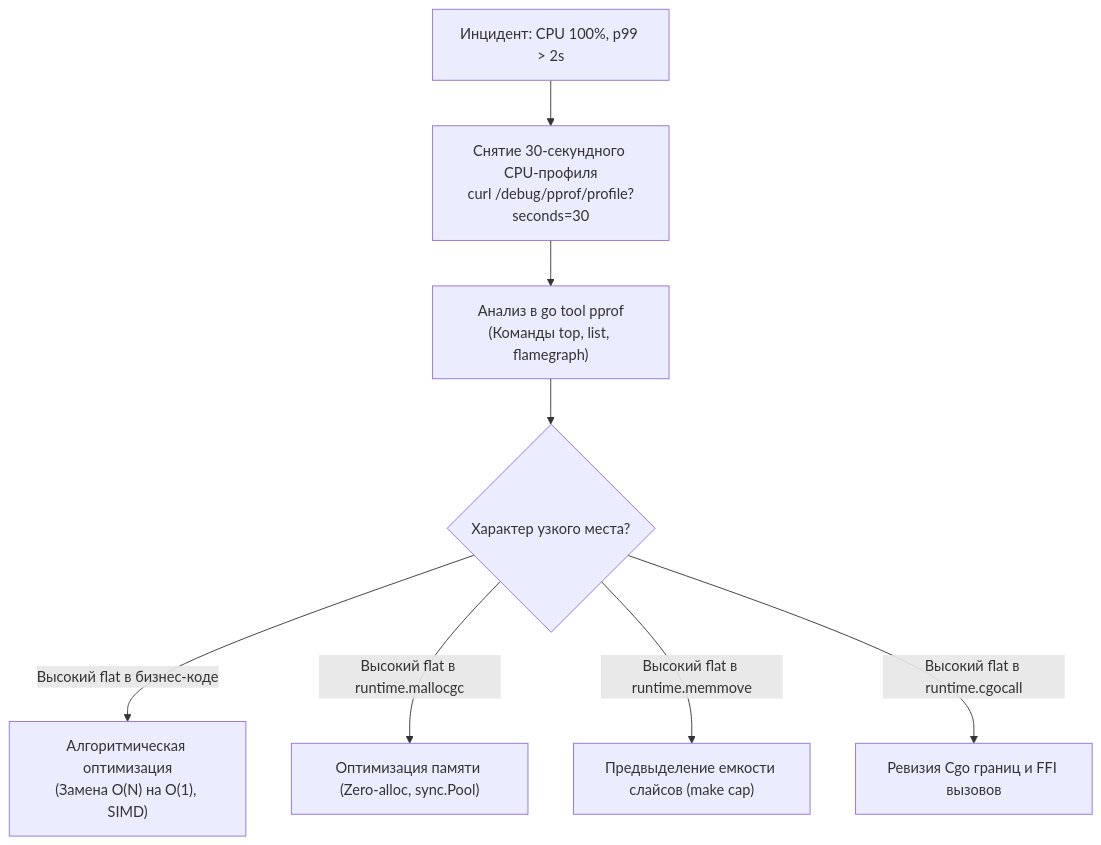
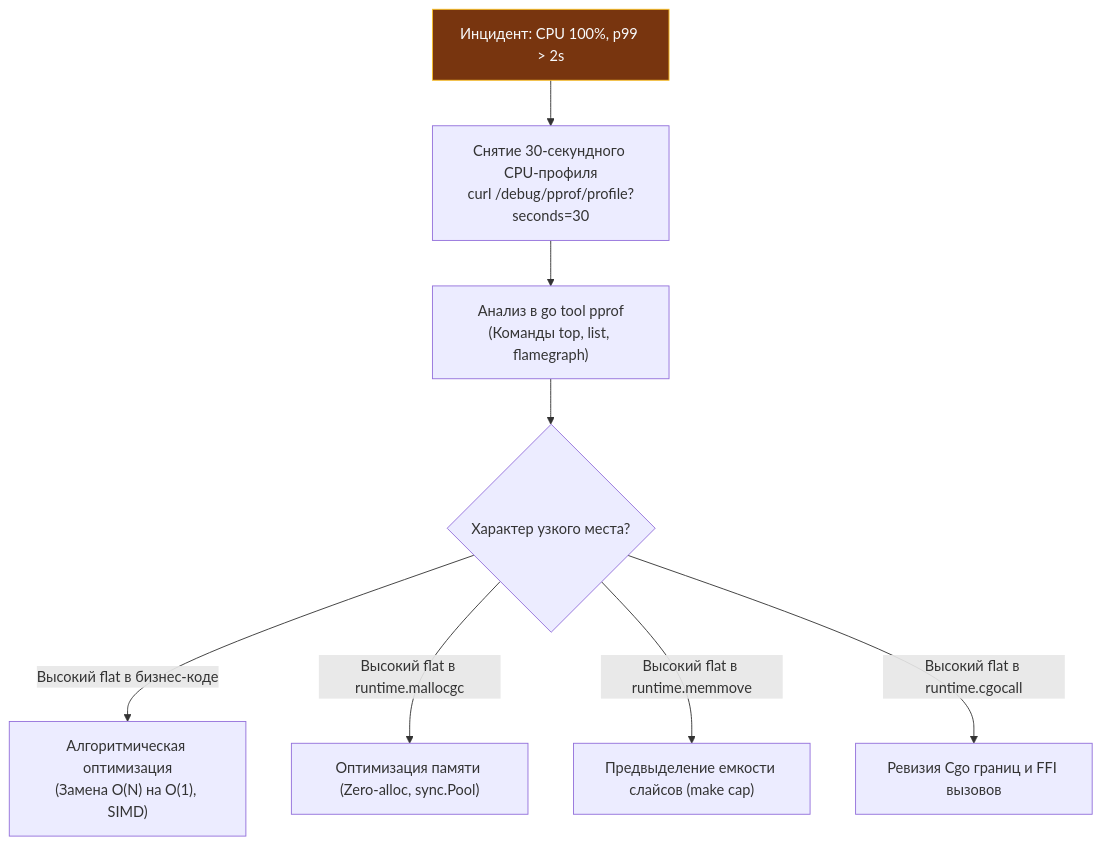
One commit to UnrealTemplier/go-textbook changed the first of 3 diagrams in sources/16. Профилирование, отладка и производительность/03. CPU profiling/2. CPU profiling в Go.md. Above: the diagram before and after it, drawn with Mermaid. The commit also changed other lines of this file and 1666 other files, not shown here.

First line of the commit message:
feat(mermaid): add semantic color classDef to 1369 colorless flowchart/graph diagrams

````diff
--- a/sources/16. Профилирование, отладка и производительность/03. CPU profiling/2. CPU profiling в Go.md
+++ b/sources/16. Профилирование, отладка и производительность/03. CPU profiling/2. CPU profiling в Go.md
@@ -27,10 +27,20 @@
 ```mermaid
 flowchart TD
-    Incident["Инцидент: CPU 100%, p99 > 2s"] --> Capture["Снятие 30-секундного CPU-профиля<br>curl /debug/pprof/profile?seconds=30"]
+    classDef process  fill:#1e293b,stroke:#38bdf8,stroke-width:1px,color:#f8fafc
+    classDef success  fill:#064e3b,stroke:#34d399,stroke-width:1px,color:#f8fafc
+    classDef error    fill:#7f1d1d,stroke:#f87171,stroke-width:1px,color:#f8fafc
+    classDef warning  fill:#78350f,stroke:#fbbf24,stroke-width:1px,color:#f8fafc
+    classDef entry    fill:#1e3a5f,stroke:#38bdf8,stroke-width:2px,color:#f8fafc
+    classDef aux      fill:#334155,stroke:#64748b,stroke-width:1px,color:#f8fafc
+    classDef system   fill:#312e81,stroke:#a78bfa,stroke-width:1px,color:#f8fafc
+    classDef data     fill:#132d29,stroke:#2dd4bf,stroke-width:1px,color:#f8fafc
+    classDef network  fill:#881337,stroke:#fb7185,stroke-width:1px,color:#f8fafc
+    classDef accent   fill:#1e1b4b,stroke:#818cf8,stroke-width:1px,color:#f8fafc
+    Incident["Инцидент: CPU 100%, p99 > 2s"]:::warning --> Capture["Снятие 30-секундного CPU-профиля<br>curl /debug/pprof/profile?seconds=30"]
     Capture --> Analysis["Анализ в go tool pprof<br>(Команды top, list, flamegraph)"]
     Analysis --> Classification{"Характер узкого места?"}
     Classification -- "Высокий flat в бизнес-коде" --> AlgFix["Алгоритмическая оптимизация<br>(Замена O(N) на O(1), SIMD)"]
     Classification -- "Высокий flat в runtime.mallocgc" --> AllocFix["Оптимизация памяти (Zero-alloc, sync.Pool)"]
     Classification -- "Высокий flat в runtime.memmove" --> CopyFix["Предвыделение емкости слайсов (make cap)"]
     Classification -- "Высокий flat в runtime.cgocall" --> CgoFix["Ревизия Cgo границ и FFI вызовов"]
 ```
````
